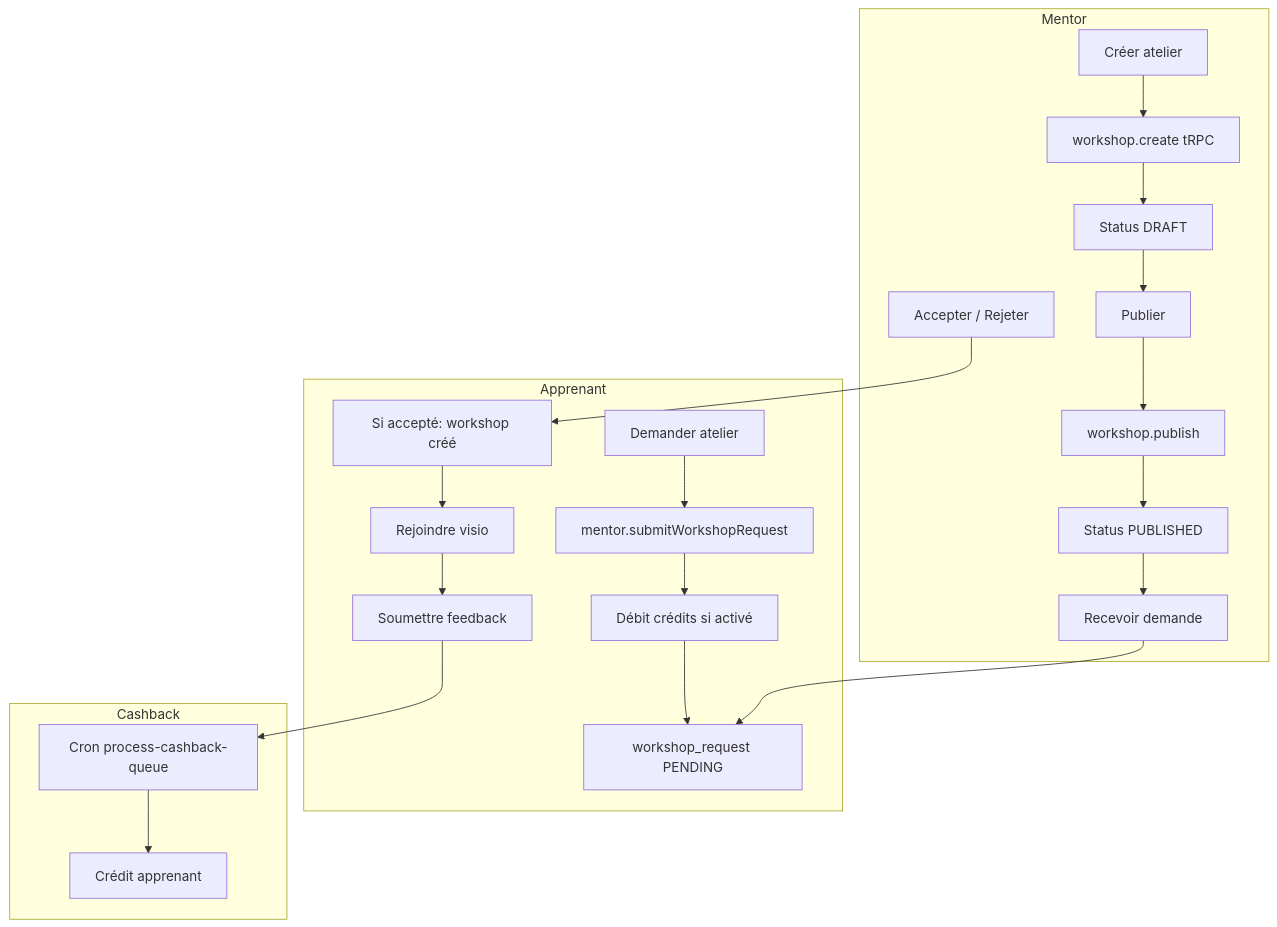
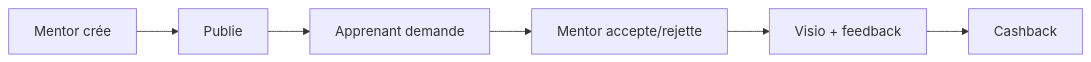
Diagram 11 of 24 in docs/architecture.md (alice-444/ls_app), drawn with Mermaid before and after one commit. The commit also changed other lines of this file and 18 other files, not shown here.

````diff
--- a/docs/architecture.md
+++ b/docs/architecture.md
@@ -305,37 +458,8 @@
 ```mermaid
-flowchart TB
-  subgraph Mentor["Mentor"]
-    M1[Créer atelier]
-    M2[workshop.create tRPC]
-    M3[Status DRAFT]
-    M4[Publier]
-    M5[workshop.publish]
-    M6[Status PUBLISHED]
-    M7[Recevoir demande]
-    M8[Accepter / Rejeter]
-  end
-
-  subgraph Apprenant["Apprenant"]
-    A1[Demander atelier]
-    A2[mentor.submitWorkshopRequest]
-    A3[Débit crédits si activé]
-    A4[workshop_request PENDING]
-    A5[Si accepté: workshop créé]
-    A6[Rejoindre visio]
-    A7[Soumettre feedback]
-  end
-
-  subgraph Cashback["Cashback"]
-    C1[Cron process-cashback-queue]
-    C2[Crédit apprenant]
-  end
-
-  M1 --> M2 --> M3 --> M4 --> M5 --> M6
-  M6 --> M7
-  A1 --> A2 --> A3 --> A4
-  M7 --> A4
-  M8 --> A5
-  A5 --> A6
-  A6 --> A7
-  A7 --> C1 --> C2
+flowchart LR
+  M1[Mentor crée] --> M2[Publie]
+  M2 --> A1[Apprenant demande]
+  A1 --> M3[Mentor accepte/rejette]
+  M3 --> A2[Visio + feedback]
+  A2 --> CB[Cashback]
 ```
````
